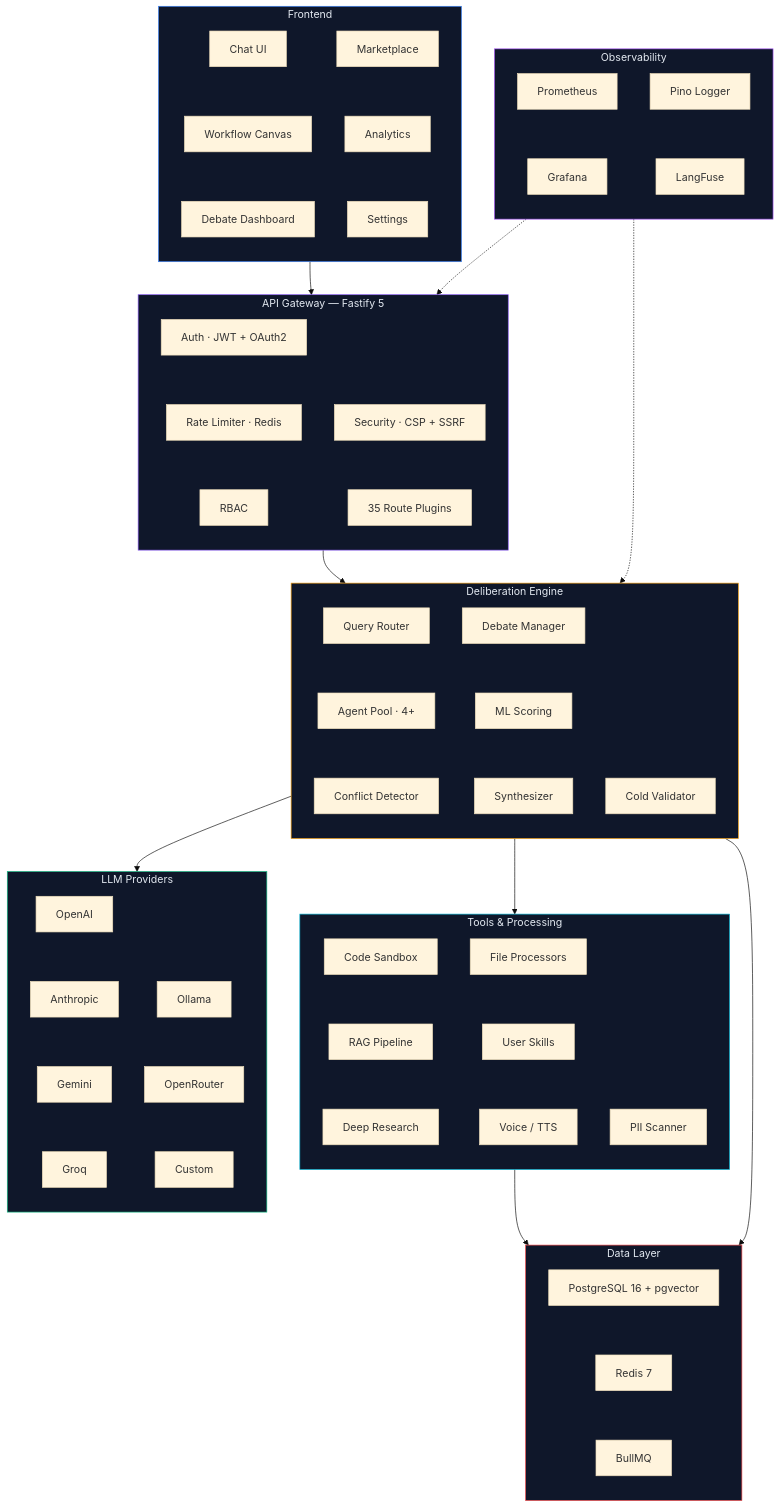
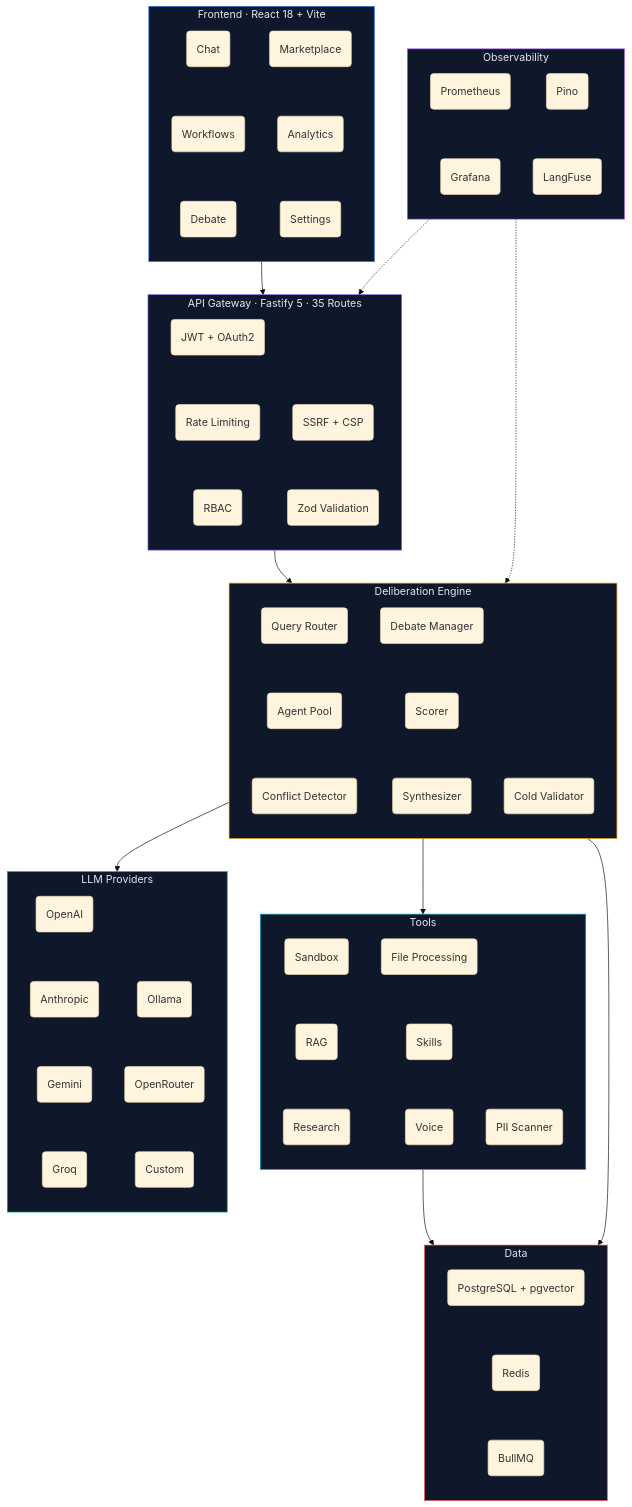
One commit to Yash-Awasthi/Judica changed the second of 2 diagrams in README.md. Above: the diagram before and after it, drawn with Mermaid (base theme). The commit also changed other lines of this file, not shown here.

First line of the commit message:
docs: rewrite README with compact mermaid diagrams and detailed technical copy

````diff
--- a/README.md
+++ b/README.md
@@ -95,62 +101,61 @@
 ```mermaid
 flowchart TB
-    subgraph CLIENT["Frontend"]
+    subgraph CLIENT["Frontend · React 18 + Vite"]
         direction TB
-        CHAT["Chat UI"] ~~~ WORKFLOW["Workflow Canvas"] ~~~ DEBATE["Debate Dashboard"]
-        MARKET["Marketplace"] ~~~ ANALYTICS["Analytics"] ~~~ SETTINGS["Settings"]
+        C1(Chat) ~~~ C2(Workflows) ~~~ C3(Debate)
+        C4(Marketplace) ~~~ C5(Analytics) ~~~ C6(Settings)
     end
 
-    subgraph GATEWAY["API Gateway — Fastify 5"]
+    subgraph GATEWAY["API Gateway · Fastify 5 · 35 Routes"]
         direction TB
-        AUTH["Auth · JWT + OAuth2"] ~~~ RATE["Rate Limiter · Redis"] ~~~ RBAC["RBAC"]
-        CSP["Security · CSP + SSRF"] ~~~ ROUTES["35 Route Plugins"]
+        G1(JWT + OAuth2) ~~~ G2(Rate Limiting) ~~~ G3(RBAC)
+        G4(SSRF + CSP) ~~~ G5(Zod Validation)
     end
 
     subgraph ENGINE["Deliberation Engine"]
         direction TB
-        QROUTER["Query Router"] ~~~ PARALLEL["Agent Pool · 4+"] ~~~ CONFLICT["Conflict Detector"]
-        DEBATE_R["Debate Manager"] ~~~ SCORING["ML Scoring"] ~~~ SYNTH["Synthesizer"]
-        COLD["Cold Validator"]
+        E1(Query Router) ~~~ E2(Agent Pool) ~~~ E3(Conflict Detector)
+        E4(Debate Manager) ~~~ E5(Scorer) ~~~ E6(Synthesizer)
+        E7(Cold Validator)
     end
 
-    subgraph TOOLS["Tools & Processing"]
+    subgraph TOOLS["Tools"]
         direction TB
-        SANDBOX["Code Sandbox"] ~~~ RAG["RAG Pipeline"] ~~~ RESEARCH["Deep Research"]
-        PROCESSORS["File Processors"] ~~~ SKILLS["User Skills"] ~~~ TTS["Voice / TTS"]
-        PII["PII Scanner"]
+        T1(Sandbox) ~~~ T2(RAG) ~~~ T3(Research)
+        T4(File Processing) ~~~ T5(Skills) ~~~ T6(Voice)
+        T7(PII Scanner)
     end
 
     subgraph PROVIDERS["LLM Providers"]
         direction TB
-        OAI["OpenAI"] ~~~ ANT["Anthropic"] ~~~ GEM["Gemini"] ~~~ GRQ["Groq"]
-        OLL["Ollama"] ~~~ ORT["OpenRouter"] ~~~ CUST["Custom"]
+        P1(OpenAI) ~~~ P2(Anthropic) ~~~ P3(Gemini) ~~~ P4(Groq)
+        P5(Ollama) ~~~ P6(OpenRouter) ~~~ P7(Custom)
     end
 
-    subgraph DATA["Data Layer"]
+    subgraph DATA["Data"]
         direction TB
-        PG["PostgreSQL 16 + pgvector"] ~~~ RD["Redis 7"] ~~~ BULL["BullMQ"]
+        D1(PostgreSQL + pgvector) ~~~ D2(Redis) ~~~ D3(BullMQ)
     end
 
     subgraph OBSERVE["Observability"]
         direction TB
-        PROM["Prometheus"] ~~~ GRAF["Grafana"]
-        PINO["Pino Logger"] ~~~ LANG["LangFuse"]
+        O1(Prometheus) ~~~ O2(Grafana)
+        O3(Pino) ~~~ O4(LangFuse)
     end
 
-    CLIENT --> GATEWAY
-    GATEWAY --> ENGINE
+    CLIENT --> GATEWAY --> ENGINE
     ENGINE --> PROVIDERS
     ENGINE --> TOOLS
     TOOLS --> DATA
     ENGINE --> DATA
     OBSERVE -.-> GATEWAY
     OBSERVE -.-> ENGINE
 
     style CLIENT fill:#0f172a,stroke:#3b82f6,color:#e2e8f0
     style GATEWAY fill:#0f172a,stroke:#8b5cf6,color:#e2e8f0
     style ENGINE fill:#0f172a,stroke:#f59e0b,color:#e2e8f0
     style TOOLS fill:#0f172a,stroke:#06b6d4,color:#e2e8f0
     style PROVIDERS fill:#0f172a,stroke:#10b981,color:#e2e8f0
     style DATA fill:#0f172a,stroke:#ef4444,color:#e2e8f0
     style OBSERVE fill:#0f172a,stroke:#a855f7,color:#e2e8f0
 ```
````
